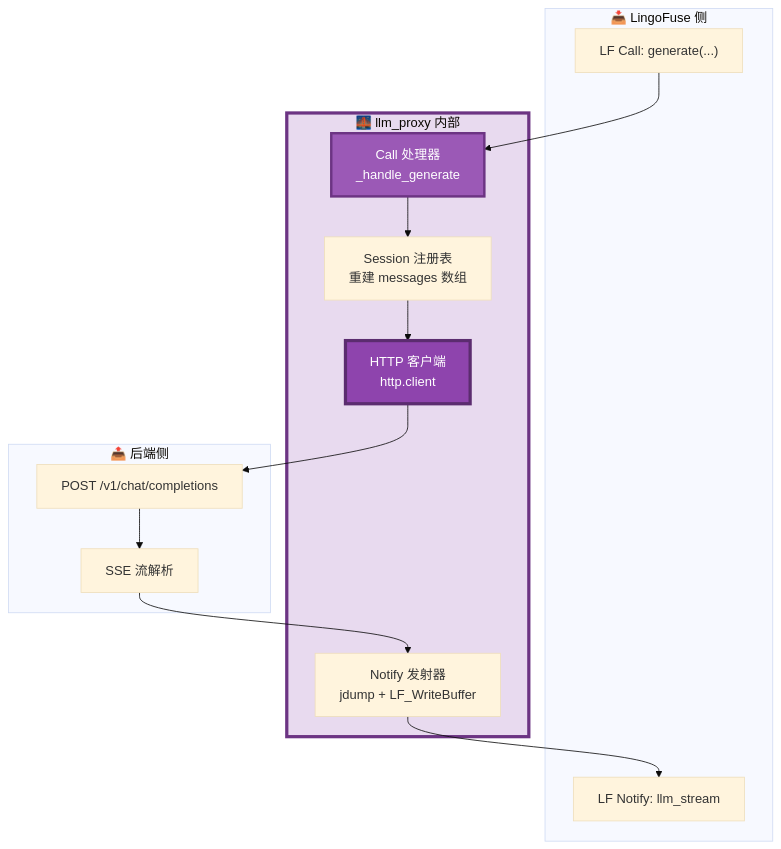
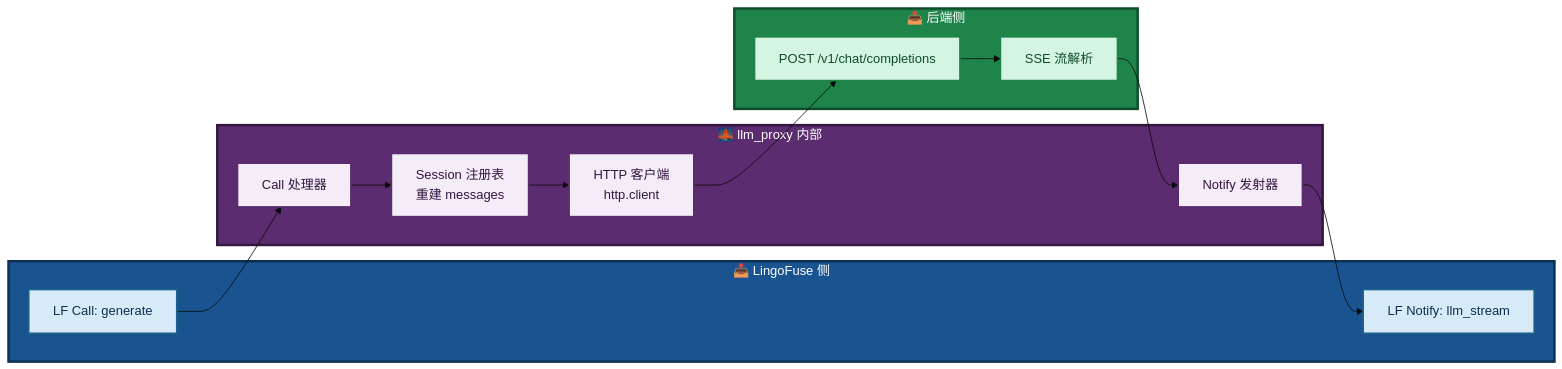
Before and after one commit to PassByYou888/LingoFuse-pasAgent: the seventh of 39 diagrams in src/llm-service/LingoFuse_LLM_Service_Work_Summary.md, drawn with Mermaid (base theme). The commit also changed other lines of this file, not shown here.

````diff
--- a/src/llm-service/LingoFuse_LLM_Service_Work_Summary.md
+++ b/src/llm-service/LingoFuse_LLM_Service_Work_Summary.md
@@ -249,31 +262,39 @@
 ```mermaid
-flowchart TB
+flowchart LR
     subgraph IN["📥 LingoFuse 侧"]
-        CALL["LF Call: generate(...)"]
+        CALL["LF Call: generate"]
         NOTIFY["LF Notify: llm_stream"]
     end
 
     subgraph PROXY["🌉 llm_proxy 内部"]
-        HANDLER["Call 处理器<br/>_handle_generate"]
-        SESSION["Session 注册表<br/>重建 messages 数组"]
+        HANDLER["Call 处理器"]
+        SESSION["Session 注册表<br/>重建 messages"]
         BACKEND["HTTP 客户端<br/>http.client"]
-        EMIT["Notify 发射器<br/>jdump + LF_WriteBuffer"]
+        EMIT["Notify 发射器"]
     end
 
     subgraph OUT["📤 后端侧"]
         HTTP["POST /v1/chat/completions"]
         SSE["SSE 流解析"]
     end
 
     CALL --> HANDLER
     HANDLER --> SESSION
     SESSION --> BACKEND
     BACKEND --> HTTP
     HTTP --> SSE
     SSE --> EMIT
     EMIT --> NOTIFY
 
-    style PROXY fill:#E8DAEF,stroke:#6C3483,stroke-width:4px
-    style BACKEND fill:#8E44AD,stroke:#5B2C6F,stroke-width:4px,color:#FFFFFF
-    style HANDLER fill:#9B59B6,stroke:#6C3483,stroke-width:3px,color:#FFFFFF
+    style IN fill:#1A5490,stroke:#0D2F52,stroke-width:3px,color:#FFFFFF
+    style PROXY fill:#5B2C6F,stroke:#321640,stroke-width:3px,color:#FFFFFF
+    style OUT fill:#1E8449,stroke:#0E4D2A,stroke-width:3px,color:#FFFFFF
+    style CALL fill:#D6EAF8,stroke:#1F618D,stroke-width:2px,color:#0D2F52
+    style NOTIFY fill:#D6EAF8,stroke:#1F618D,stroke-width:2px,color:#0D2F52
+    style HANDLER fill:#F4ECF7,stroke:#5B2C6F,stroke-width:2px,color:#321640
+    style SESSION fill:#F4ECF7,stroke:#5B2C6F,stroke-width:2px,color:#321640
+    style BACKEND fill:#F4ECF7,stroke:#5B2C6F,stroke-width:2px,color:#321640
+    style EMIT fill:#F4ECF7,stroke:#5B2C6F,stroke-width:2px,color:#321640
+    style HTTP fill:#D5F5E3,stroke:#1E8449,stroke-width:2px,color:#0E4D2A
+    style SSE fill:#D5F5E3,stroke:#1E8449,stroke-width:2px,color:#0E4D2A
 ```
````
